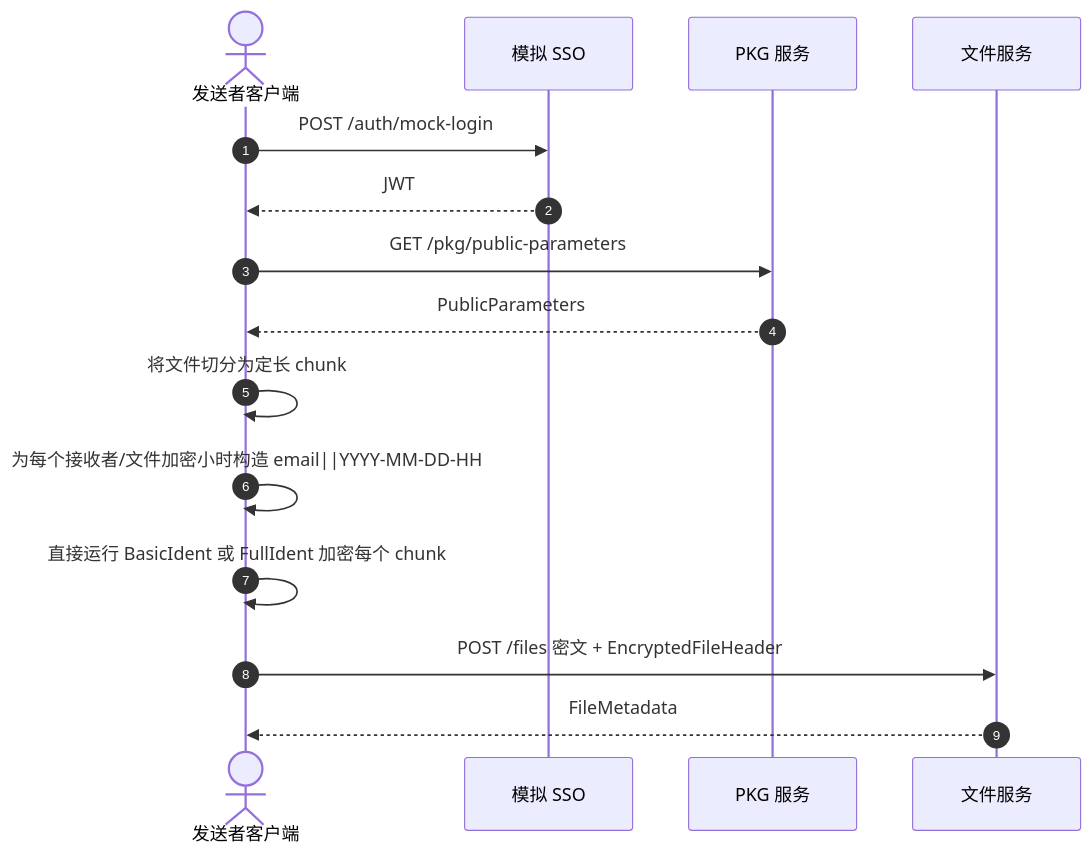
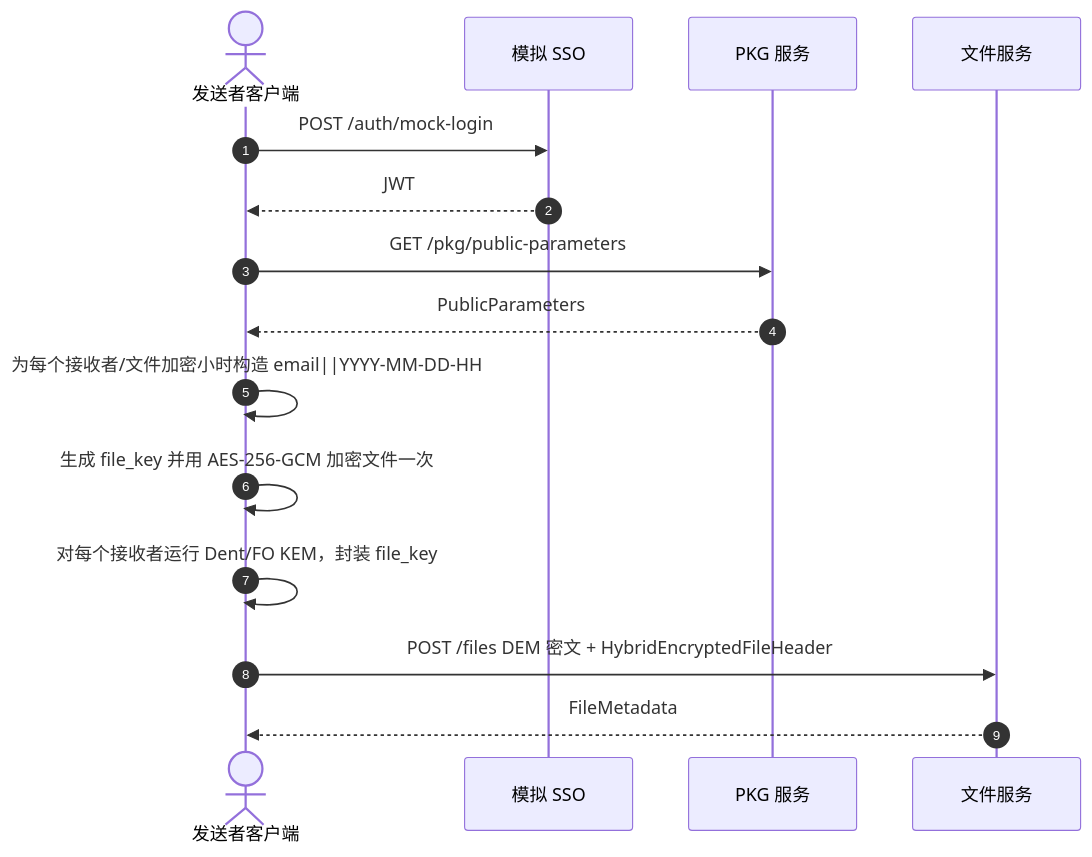
The third of 8 diagrams in docs/diagrams.md (firfisa/BF-IBE), drawn with Mermaid before and after one commit. The commit also changed other lines of this file and 18 other files, not shown here.

````diff
--- a/docs/diagrams.md
+++ b/docs/diagrams.md
@@ -45,18 +45,18 @@
 ```mermaid
 sequenceDiagram
   autonumber
   actor Sender as 发送者客户端
   participant SSO as 模拟 SSO
   participant PKG as PKG 服务
   participant FS as 文件服务
 
   Sender->>SSO: POST /auth/mock-login
   SSO-->>Sender: JWT
   Sender->>PKG: GET /pkg/public-parameters
   PKG-->>Sender: PublicParameters
-  Sender->>Sender: 将文件切分为定长 chunk
   Sender->>Sender: 为每个接收者/文件加密小时构造 email||YYYY-MM-DD-HH
-  Sender->>Sender: 直接运行 BasicIdent 或 FullIdent 加密每个 chunk
-  Sender->>FS: POST /files 密文 + EncryptedFileHeader
+  Sender->>Sender: 生成 file_key 并用 AES-256-GCM 加密文件一次
+  Sender->>Sender: 对每个接收者运行 Dent/FO KEM，封装 file_key
+  Sender->>FS: POST /files DEM 密文 + HybridEncryptedFileHeader
   FS-->>Sender: FileMetadata
 ```
````
